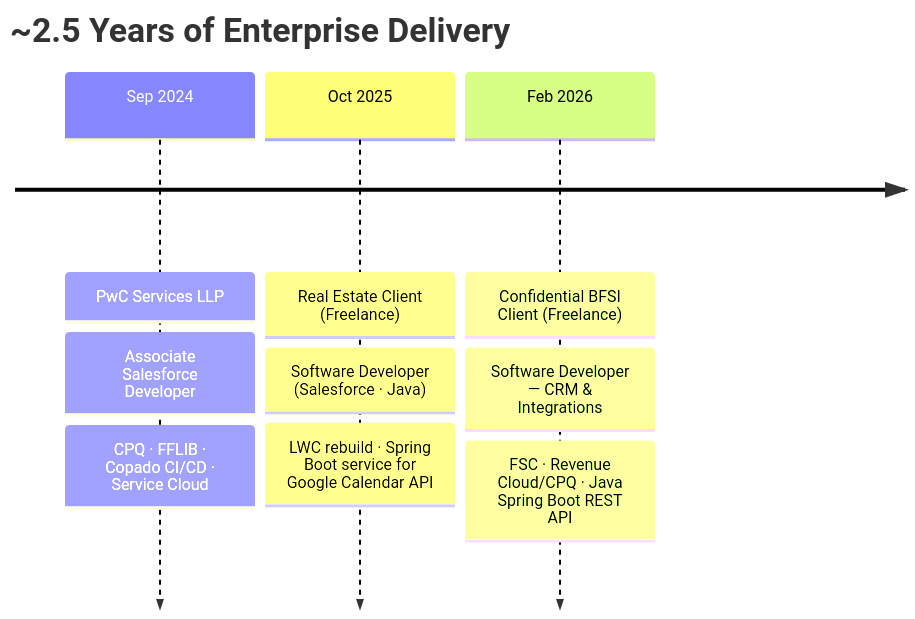
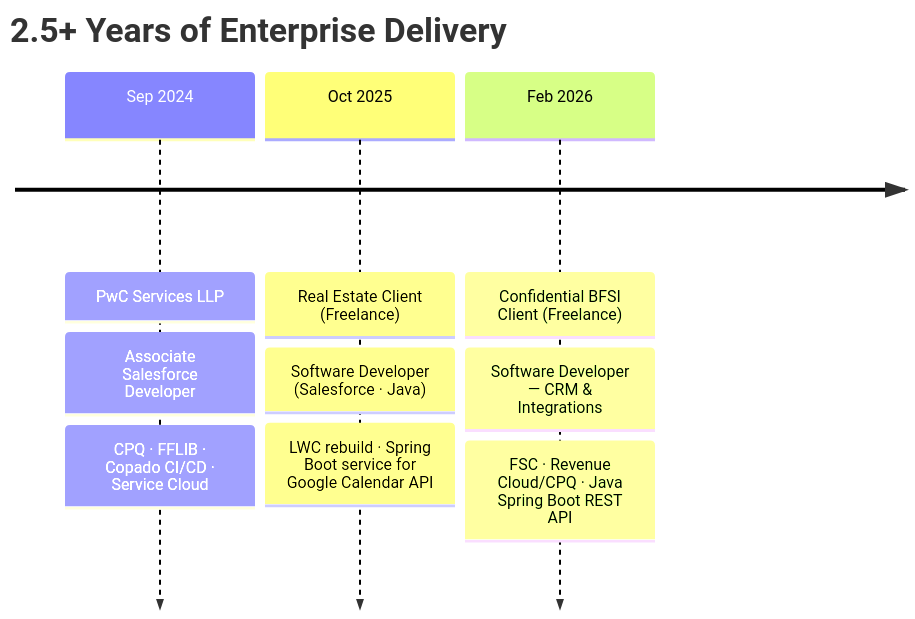
One commit to aditya17-09/aditya17-09 changed the first of 2 diagrams in README.md. Above: the diagram before and after it, drawn with Mermaid. The commit also changed other lines of this file, not shown here.

First line of the commit message:
Revise README with updates to timeline and sections

````diff
--- a/README.md
+++ b/README.md
@@ -86,13 +86,13 @@
 ```mermaid
 timeline
-    title ~2.5 Years of Enterprise Delivery
+    title 2.5+ Years of Enterprise Delivery
     Sep 2024 : PwC Services LLP
              : Associate Salesforce Developer
              : CPQ · FFLIB · Copado CI/CD · Service Cloud
     Oct 2025 : Real Estate Client (Freelance)
              : Software Developer (Salesforce · Java)
              : LWC rebuild · Spring Boot service for Google Calendar API
     Feb 2026 : Confidential BFSI Client (Freelance)
              : Software Developer — CRM & Integrations
              : FSC · Revenue Cloud/CPQ · Java Spring Boot REST API
 ```
````
